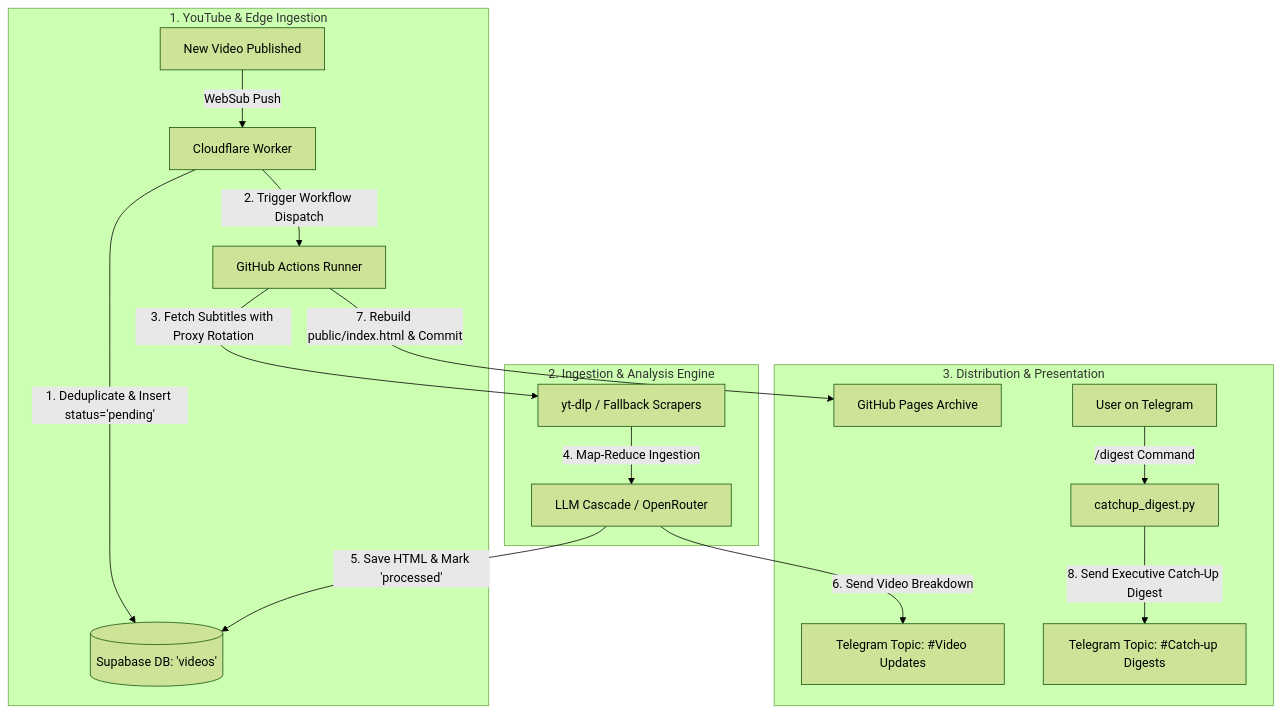
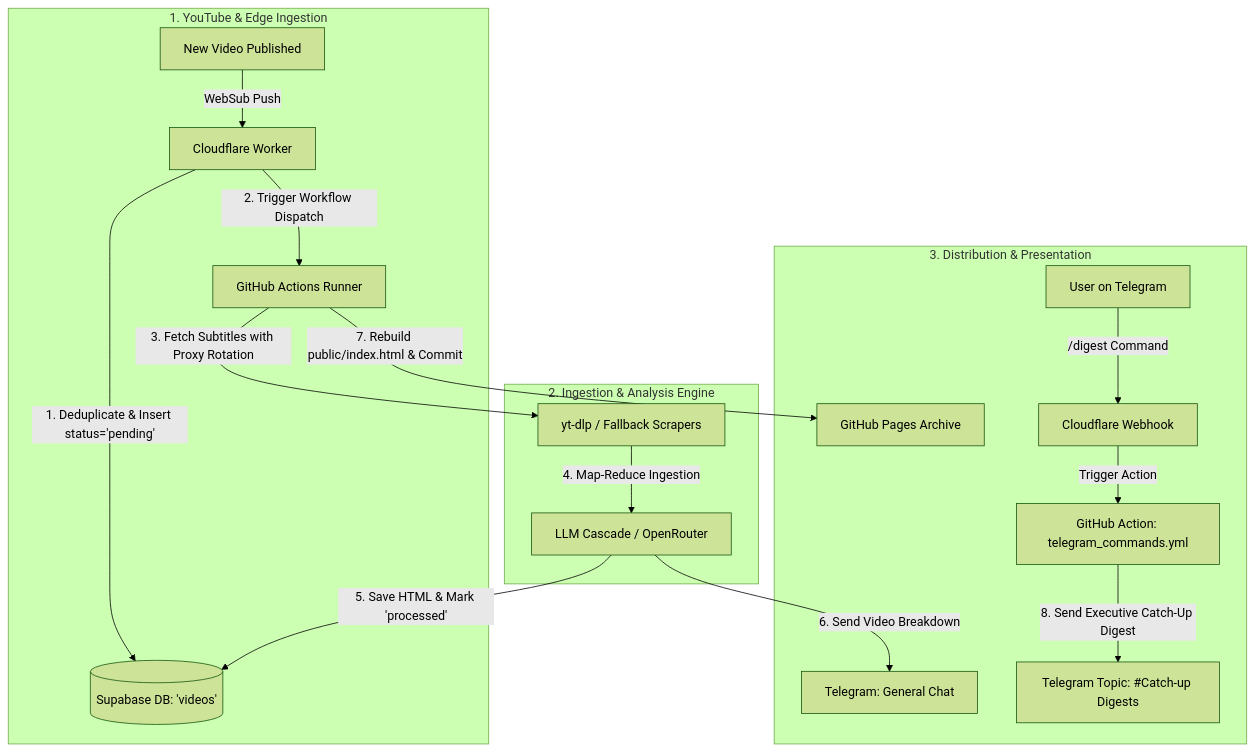
One commit to briannoelkesuma/ai_engineer_newsletter changed the diagram in README.md. Above: the diagram before and after it, drawn with Mermaid (forest theme). The commit also changed other lines of this file and 1 other file, not shown here.

Commit message:
docs: update architecture to reflect webhook integration and routing

````diff
--- a/README.md
+++ b/README.md
@@ -27,21 +28,22 @@
 ```mermaid
 flowchart TD
     subgraph 1. YouTube & Edge Ingestion
         A[New Video Published] -->|WebSub Push| B[Cloudflare Worker]
         B -->|1. Deduplicate & Insert status='pending'| C[(Supabase DB: 'videos')]
         B -->|2. Trigger Workflow Dispatch| D[GitHub Actions Runner]
     end
 
     subgraph 2. Ingestion & Analysis Engine
         D -->|3. Fetch Subtitles with Proxy Rotation| E[yt-dlp / Fallback Scrapers]
         E -->|4. Map-Reduce Ingestion| F[LLM Cascade / OpenRouter]
         F -->|5. Save HTML & Mark 'processed'| C
     end
 
     subgraph 3. Distribution & Presentation
-        F -->|6. Send Video Breakdown| G[Telegram Topic: #Video Updates]
+        F -->|6. Send Video Breakdown| G[Telegram: General Chat]
         D -->|7. Rebuild public/index.html & Commit| H[GitHub Pages Archive]
-        USER[User on Telegram] -->|/digest Command| I[catchup_digest.py]
+        USER[User on Telegram] -->|/digest Command| WEBHOOK[Cloudflare Webhook]
+        WEBHOOK -->|Trigger Action| I[GitHub Action: telegram_commands.yml]
         I -->|8. Send Executive Catch-Up Digest| J[Telegram Topic: #Catch-up Digests]
     end
 ```
````
